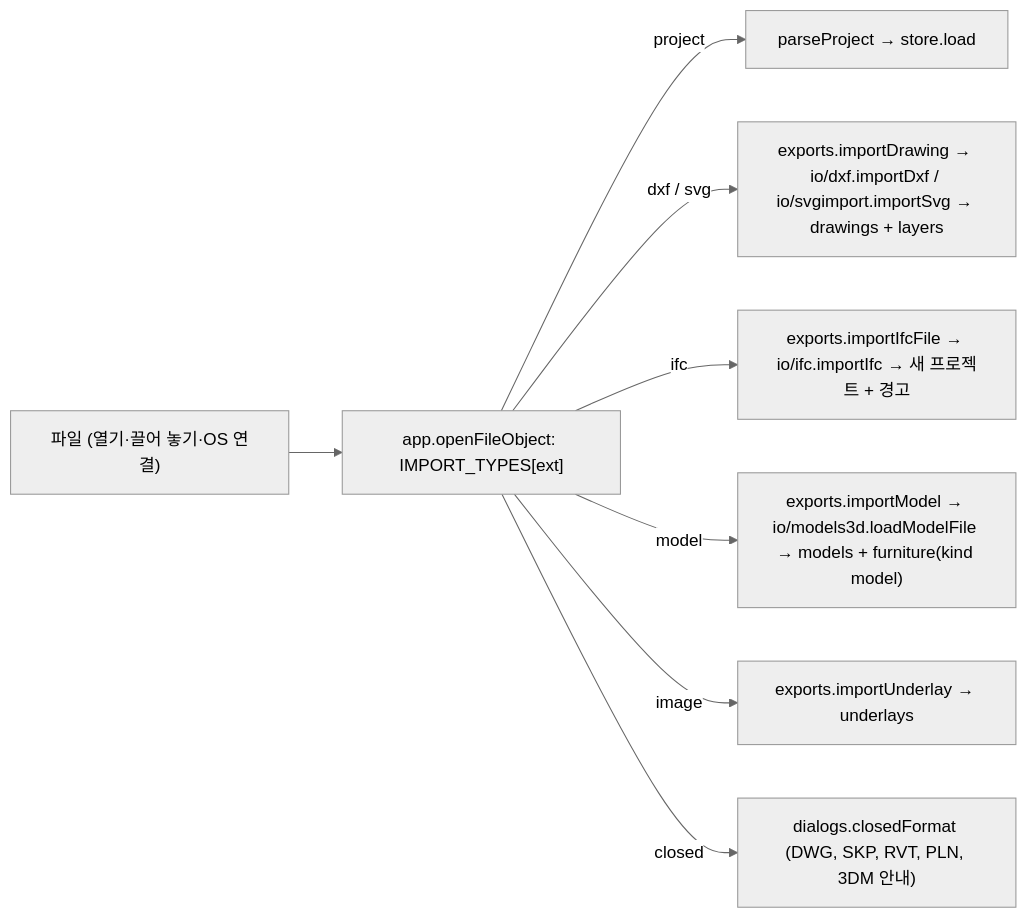
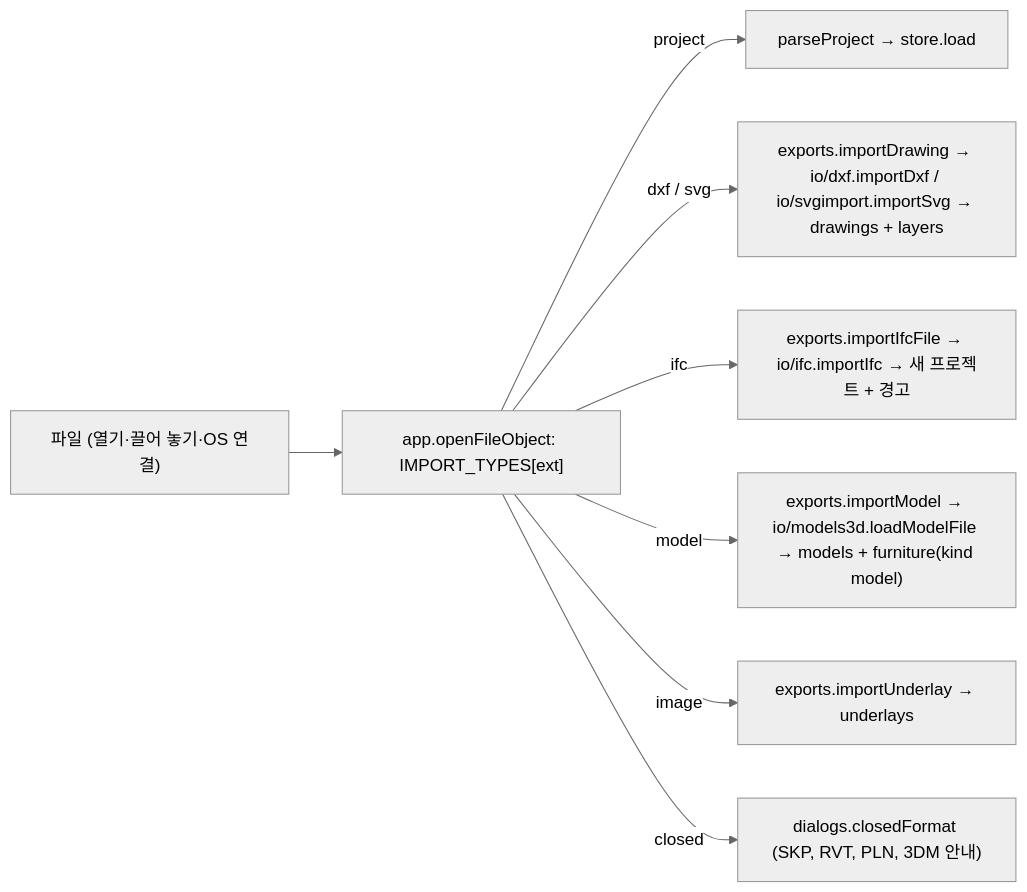
One commit to knix008/TestSimulator changed the third of 4 diagrams in MyArchitectureMultiOSV10/Architecture.md. Above: the diagram before and after it, drawn with Mermaid (neutral theme). The commit also changed other lines of this file and 75 other files, not shown here.

````diff
--- a/MyArchitectureMultiOSV10/Architecture.md
+++ b/MyArchitectureMultiOSV10/Architecture.md
@@ -290,10 +290,10 @@
 ```mermaid
 flowchart LR
   F["파일 (열기·끌어 놓기·OS 연결)"] --> O["app.openFileObject: IMPORT_TYPES[ext]"]
   O -- project --> L["parseProject → store.load"]
   O -- dxf / svg --> ID["exports.importDrawing → io/dxf.importDxf / io/svgimport.importSvg → drawings + layers"]
   O -- ifc --> II["exports.importIfcFile → io/ifc.importIfc → 새 프로젝트 + 경고"]
   O -- model --> IM["exports.importModel → io/models3d.loadModelFile → models + furniture(kind model)"]
   O -- image --> IU["exports.importUnderlay → underlays"]
-  O -- closed --> X["dialogs.closedFormat (DWG, SKP, RVT, PLN, 3DM 안내)"]
+  O -- closed --> X["dialogs.closedFormat (SKP, RVT, PLN, 3DM 안내)"]
 ```
````
